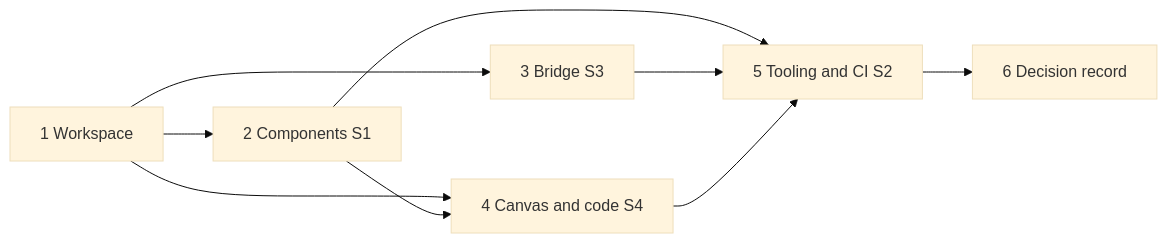
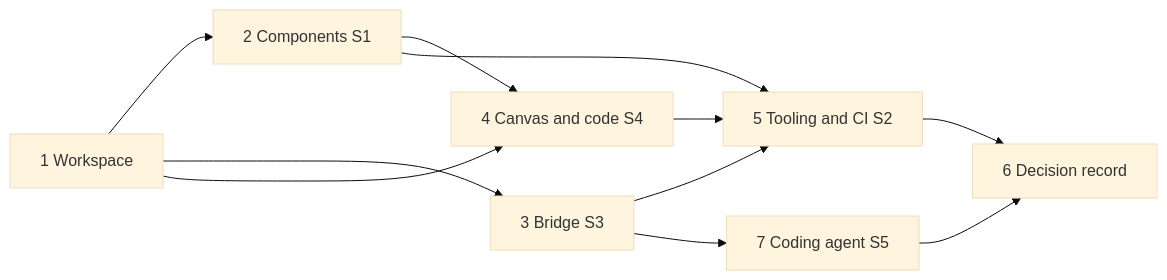
The diagram in docs/specs/950-agent-kernel-studio/P0-plan.md (DhananjayaR/agent-kernel), drawn with Mermaid (base theme) before and after one commit. The commit also changed other lines of this file and 4 other files, not shown here.

````diff
--- a/docs/specs/950-agent-kernel-studio/P0-plan.md
+++ b/docs/specs/950-agent-kernel-studio/P0-plan.md
@@ -1196,10 +1196,11 @@
 ```mermaid
 flowchart LR
   T1[1 Workspace] --> T2[2 Components S1]
   T1 --> T3[3 Bridge S3]
   T1 --> T4[4 Canvas and code S4]
   T2 --> T4
   T2 --> T5[5 Tooling and CI S2]
   T3 --> T5
   T4 --> T5 --> T6[6 Decision record]
+  T3 --> T7[7 Coding agent S5] --> T6
 ```
````
